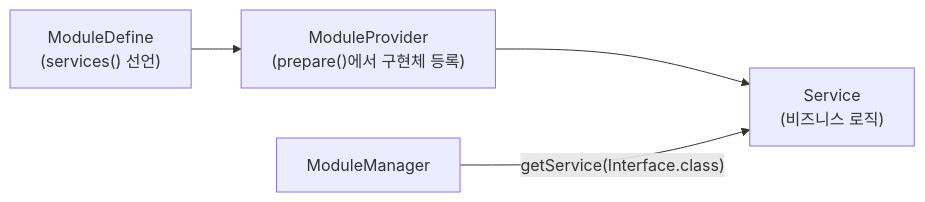
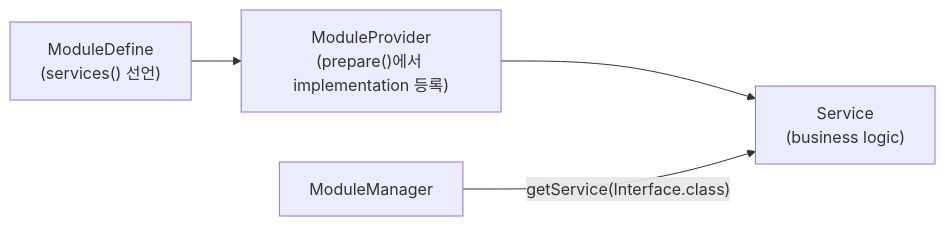
The third of 4 diagrams in _wiki/skywalking.md (currenjin/currenjin.github.io), drawn with Mermaid before and after one commit. The commit also changed other lines of this file, not shown here.

````diff
--- a/_wiki/skywalking.md
+++ b/_wiki/skywalking.md
@@ -106,10 +106,10 @@
 ```mermaid
 flowchart LR
     MD["ModuleDefine\n(services() 선언)"]
-    MP["ModuleProvider\n(prepare()에서 구현체 등록)"]
-    SV["Service\n(비즈니스 로직)"]
+    MP["ModuleProvider\n(prepare()에서 implementation 등록)"]
+    SV["Service\n(business logic)"]
     CM["ModuleManager"]
 
     MD --> MP --> SV
     CM -->|"getService(Interface.class)"| SV
 ```
````
